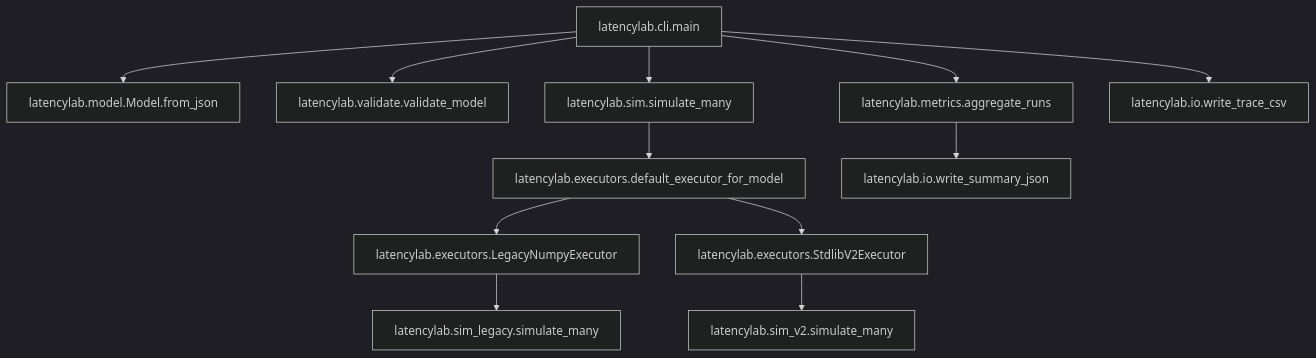
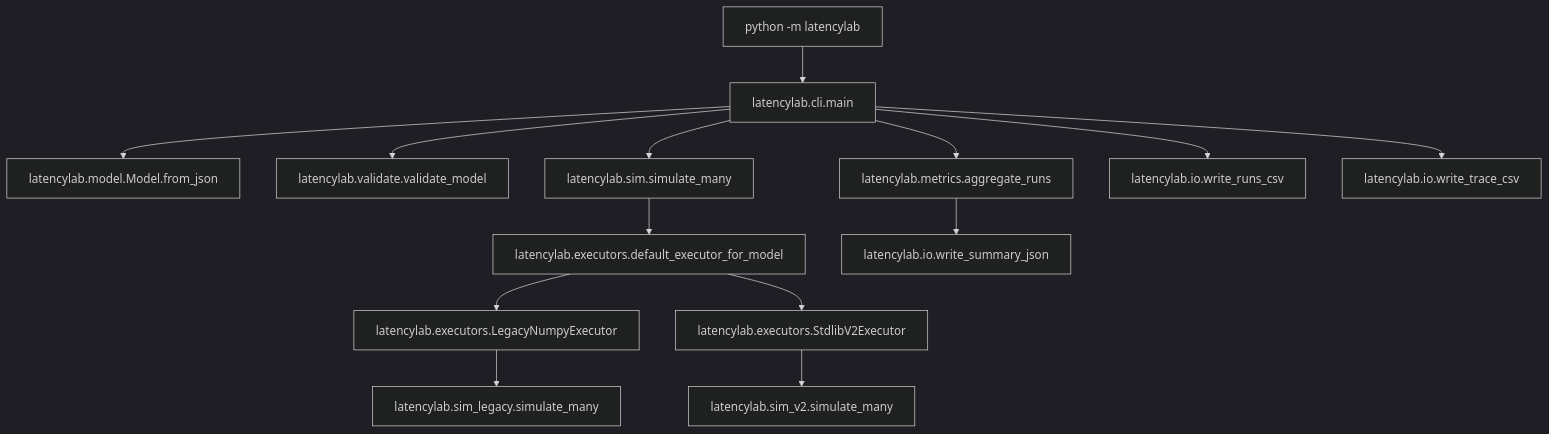
The first of 3 diagrams in ARCHITECTURE.md (oernster/latencylab), drawn with Mermaid (dark theme) before and after one commit. The commit also changed other lines of this file, not shown here.

Commit message:
Major revisions to ARCHITECTURE.md to reflect codebase.

````diff
--- a/ARCHITECTURE.md
+++ b/ARCHITECTURE.md
@@ -39,14 +61,16 @@
 ```mermaid
 flowchart TD
-  CLI[latencylab.cli.main] --> Parse[latencylab.model.Model.from_json]
+  CLIEntry[python -m latencylab] --> CLI[latencylab.cli.main]
+  CLI --> Parse[latencylab.model.Model.from_json]
   CLI --> Validate[latencylab.validate.validate_model]
   CLI --> Sim[latencylab.sim.simulate_many]
   Sim --> Pick[latencylab.executors.default_executor_for_model]
   Pick --> Legacy[latencylab.executors.LegacyNumpyExecutor]
   Pick --> V2[latencylab.executors.StdlibV2Executor]
   Legacy --> LSim[latencylab.sim_legacy.simulate_many]
   V2 --> V2Sim[latencylab.sim_v2.simulate_many]
   CLI --> Metrics[latencylab.metrics.aggregate_runs]
-  Metrics --> Out[latencylab.io.write_summary_json]
+  Metrics --> Summary[latencylab.io.write_summary_json]
+  CLI --> Runs[latencylab.io.write_runs_csv]
   CLI --> Trace[latencylab.io.write_trace_csv]
 ```
````
